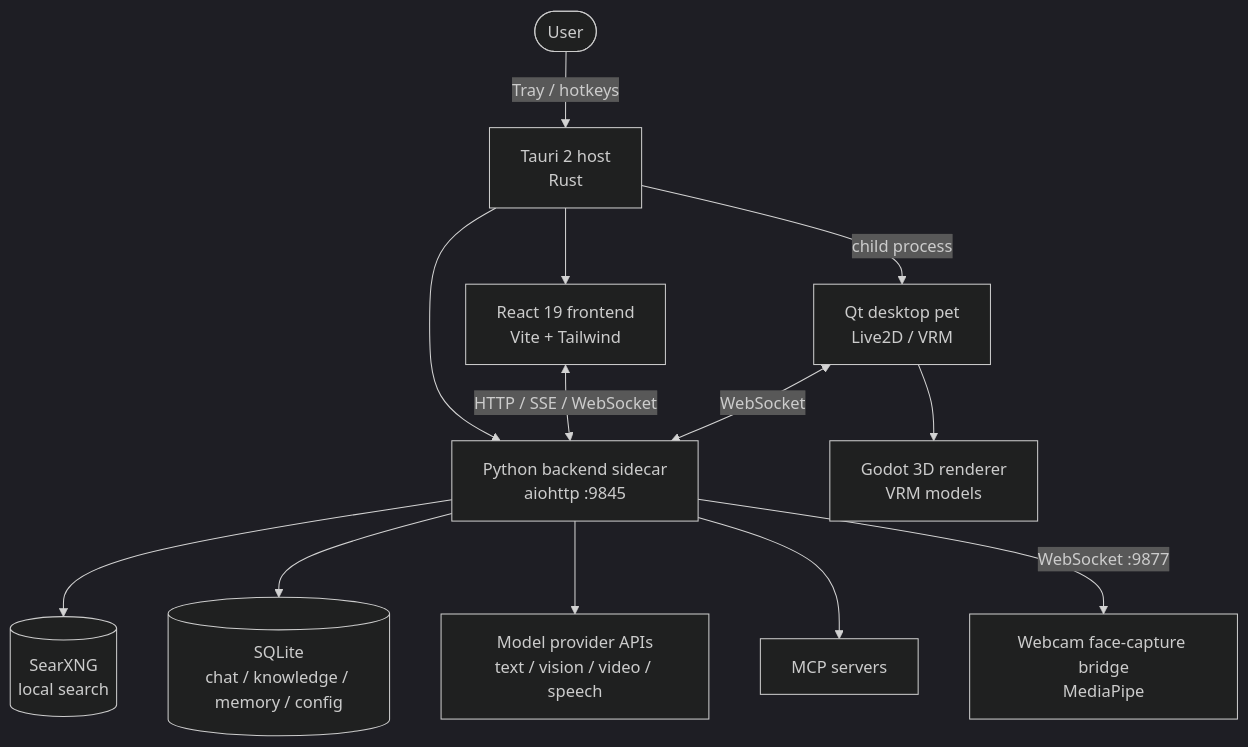
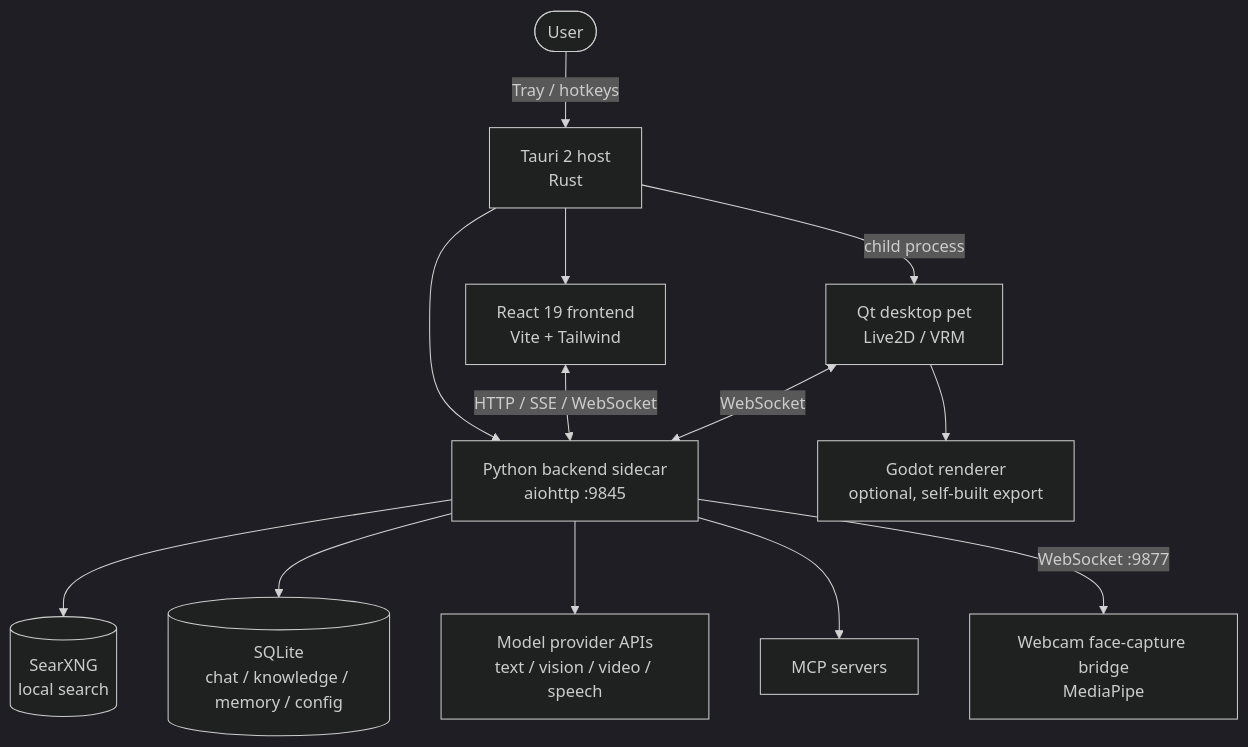
One commit to Hayliy/naixi-desktop changed the diagram in README_EN.md. Above: the diagram before and after it, drawn with Mermaid (dark theme). The commit also changed other lines of this file and 23 other files, not shown here.

````diff
--- a/README_EN.md
+++ b/README_EN.md
@@ -144,15 +160,15 @@
 ```mermaid
 graph TB
     User([User]) -->|Tray / hotkeys| Tauri[Tauri 2 host<br/>Rust]
     Tauri --> React[React 19 frontend<br/>Vite + Tailwind]
     Tauri --> Python[Python backend sidecar<br/>aiohttp :9845]
     React <-->|HTTP / SSE / WebSocket| Python
     Python --> Search[(SearXNG<br/>local search)]
     Python --> DB[(SQLite<br/>chat / knowledge / memory / config)]
     Python --> LLM[Model provider APIs<br/>text / vision / video / speech]
     Python --> MCP[MCP servers]
     Python -->|WebSocket :9877| Face[Webcam face-capture bridge<br/>MediaPipe]
     Tauri -->|child process| Pet[Qt desktop pet<br/>Live2D / VRM]
     Pet <-->|WebSocket| Python
-    Pet --> Godot[Godot 3D renderer<br/>VRM models]
+    Pet --> Godot[Godot renderer<br/>optional, self-built export]
 ```
````
